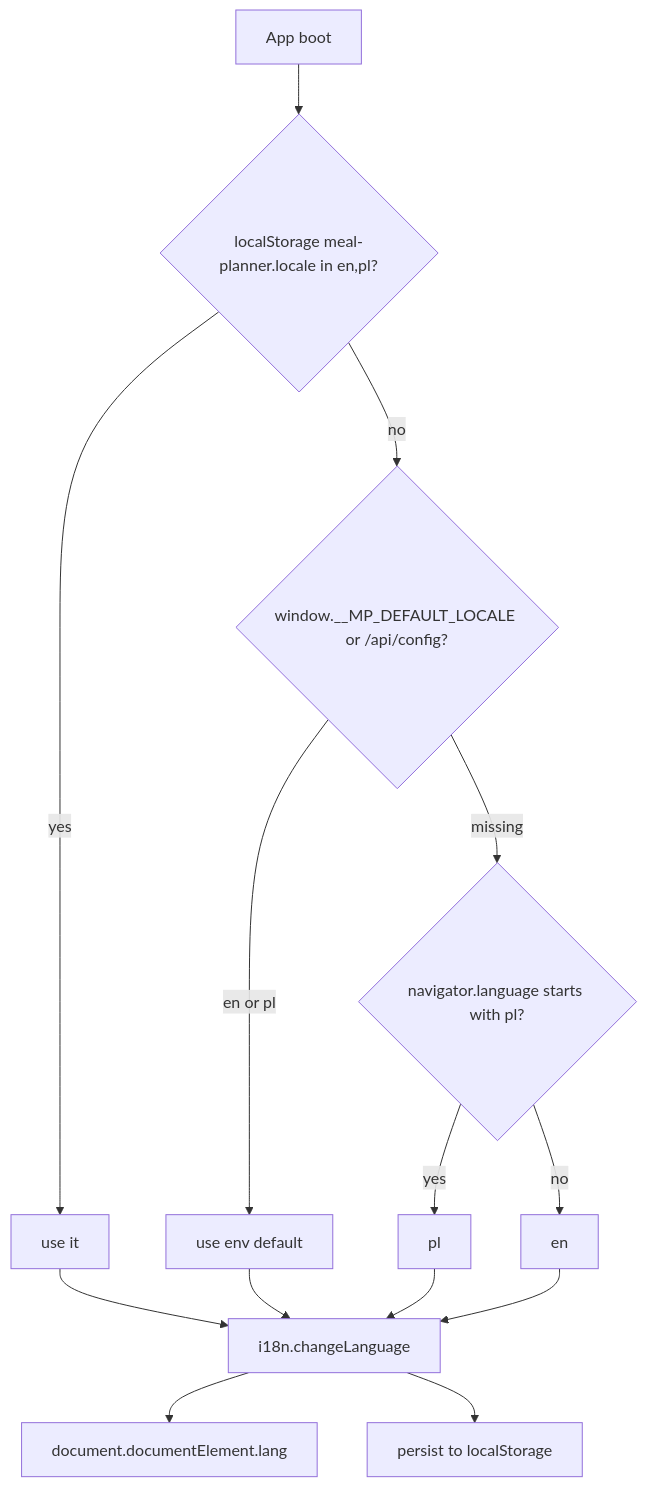
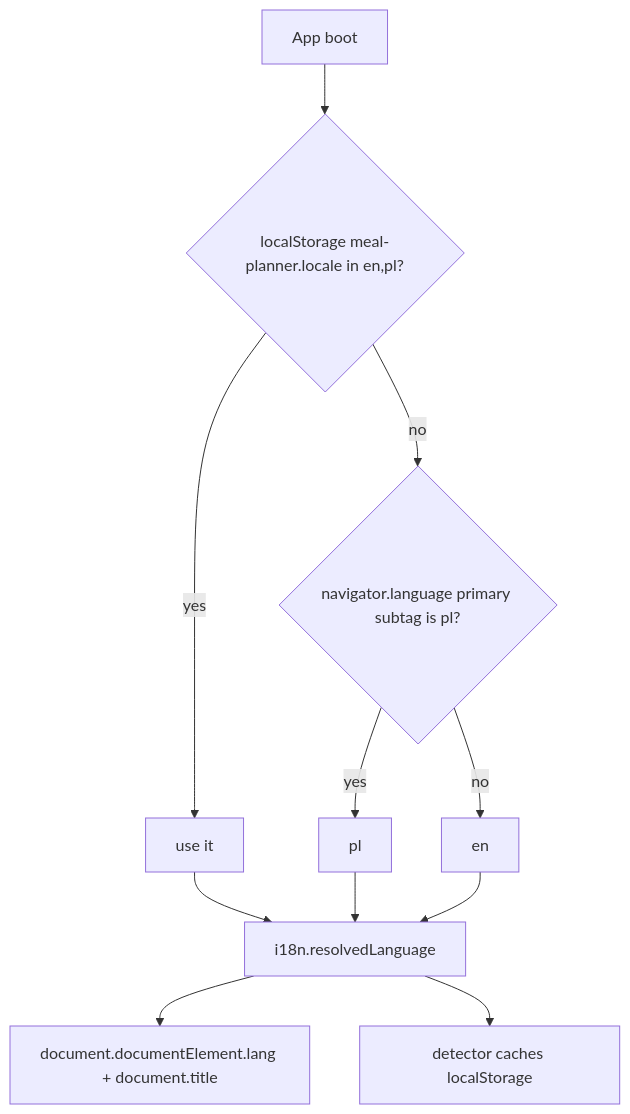
The second of 3 diagrams in docs/superpowers/specs/2026-09-04-i18n-design.md (rkurc/meal-planner), drawn with Mermaid before and after one commit. The commit also changed other lines of this file and 1 other file, not shown here.

````diff
--- a/docs/superpowers/specs/2026-09-04-i18n-design.md
+++ b/docs/superpowers/specs/2026-09-04-i18n-design.md
@@ -135,16 +140,13 @@
 ```mermaid
 flowchart TD
   A[App boot] --> B{localStorage meal-planner.locale in en,pl?}
   B -->|yes| C[use it]
-  B -->|no| D{window.__MP_DEFAULT_LOCALE or /api/config?}
-  D -->|en or pl| E[use env default]
-  D -->|missing| F{navigator.language starts with pl?}
+  B -->|no| F{navigator.language primary subtag is pl?}
   F -->|yes| G[pl]
   F -->|no| H[en]
-  C --> I[i18n.changeLanguage]
-  E --> I
+  C --> I[i18n.resolvedLanguage]
   G --> I
   H --> I
-  I --> J[document.documentElement.lang]
-  I --> K[persist to localStorage]
+  I --> J[document.documentElement.lang + document.title]
+  I --> K[detector caches localStorage]
 ```
````
